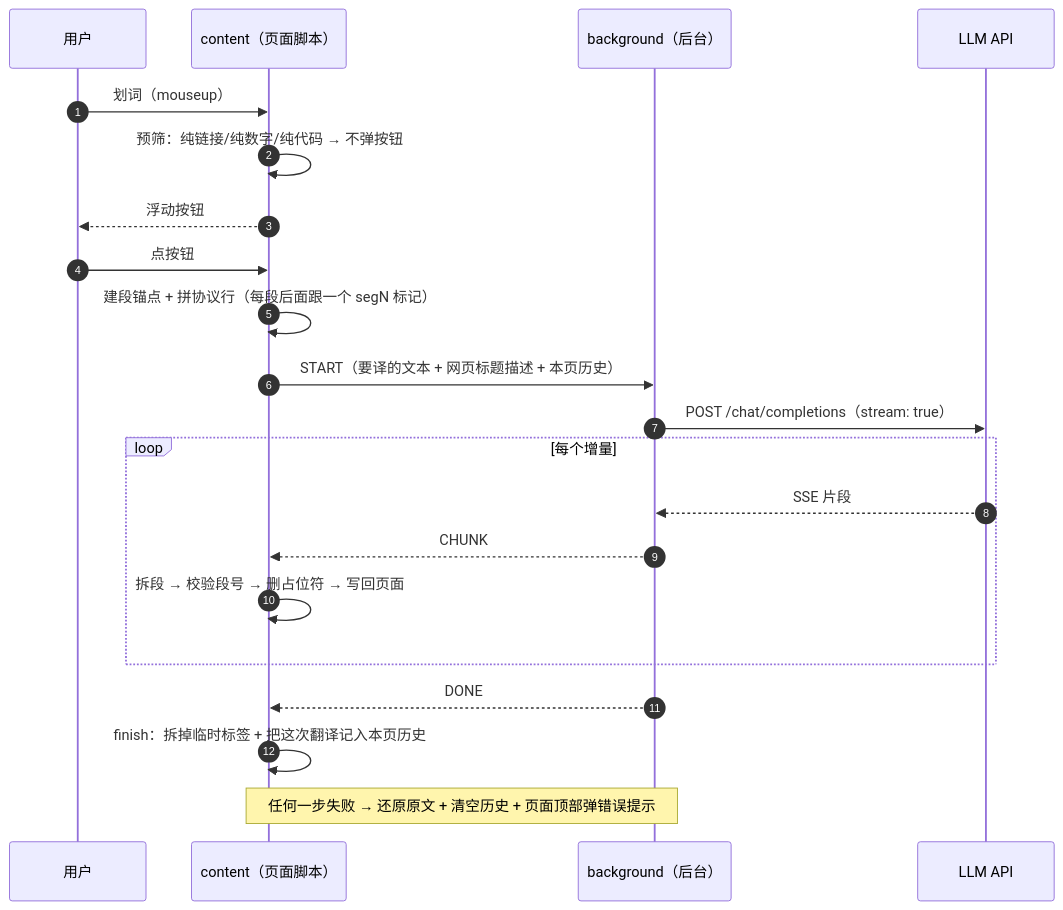
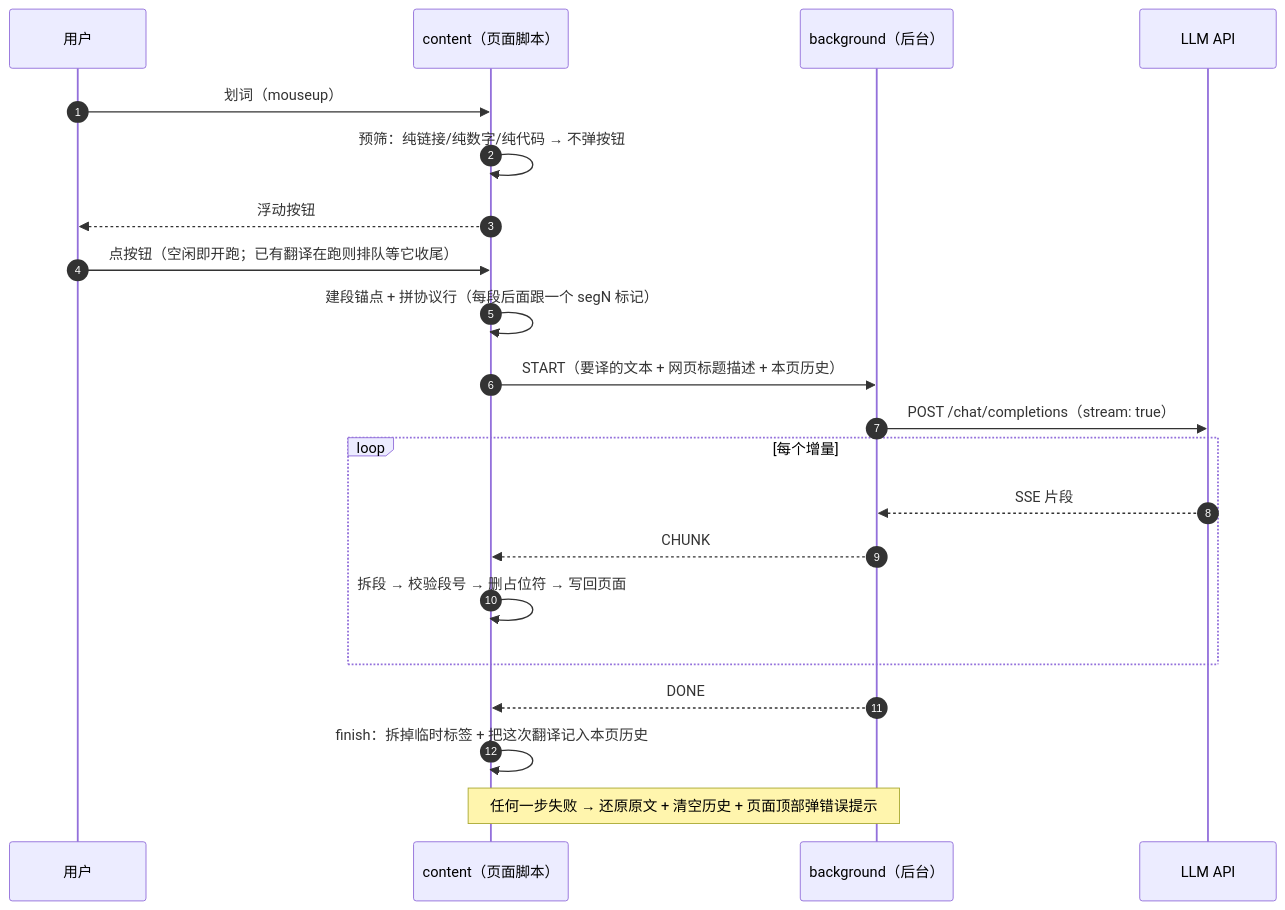
One commit to Nickyzj628/llm-streaming-translate changed the first of 2 diagrams in ARCHITECTURE.md. Above: the diagram before and after it, drawn with Mermaid. The commit also changed other lines of this file and 4 other files, not shown here.

````diff
--- a/ARCHITECTURE.md
+++ b/ARCHITECTURE.md
@@ -21,24 +21,24 @@
 ```mermaid
 sequenceDiagram
   autonumber
   participant U as 用户
   participant C as content（页面脚本）
   participant B as background（后台）
   participant L as LLM API
 
   U->>C: 划词（mouseup）
   C->>C: 预筛：纯链接/纯数字/纯代码 → 不弹按钮
   C-->>U: 浮动按钮
-  U->>C: 点按钮
+  U->>C: 点按钮（空闲即开跑；已有翻译在跑则排队等它收尾）
   C->>C: 建段锚点 + 拼协议行（每段后面跟一个 segN 标记）
   C->>B: START（要译的文本 + 网页标题描述 + 本页历史）
   B->>L: POST /chat/completions（stream: true）
   loop 每个增量
     L-->>B: SSE 片段
     B-->>C: CHUNK
     C->>C: 拆段 → 校验段号 → 删占位符 → 写回页面
   end
   B-->>C: DONE
   C->>C: finish：拆掉临时标签 + 把这次翻译记入本页历史
   Note over C,B: 任何一步失败 → 还原原文 + 清空历史 + 页面顶部弹错误提示
 ```
````
